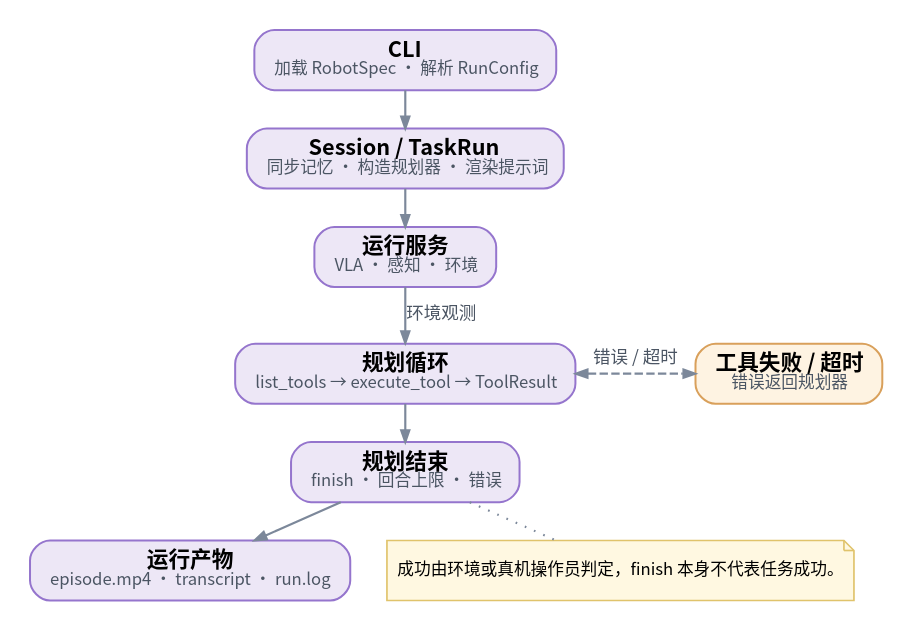
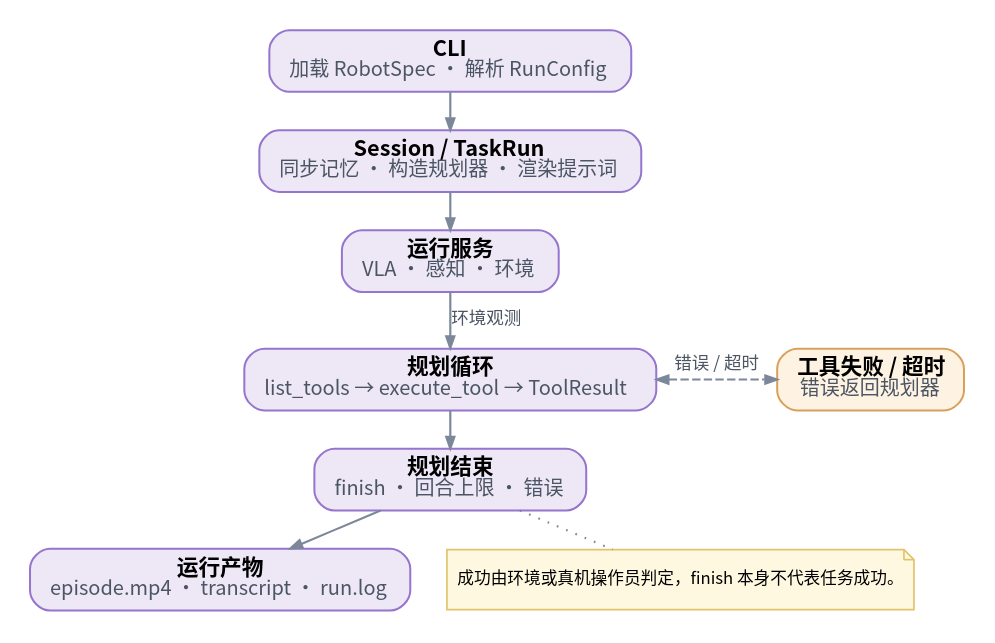
Before and after one commit to qurakchin/RPent: the diagram in docs/_diagrams/execution-flow-zh.dot, drawn with Graphviz. The commit also changed 69 other files, not shown here.

```diff
--- a/docs/_diagrams/execution-flow-zh.dot
+++ b/docs/_diagrams/execution-flow-zh.dot
@@ -1,29 +1,29 @@
 digraph flow {
   graph [rankdir=TB, splines=spline, nodesep=0.30, ranksep=0.30, pad=0.15,
          fontname="Hiragino Sans GB,Noto Sans CJK SC,sans-serif", bgcolor="white"];
   node [shape=box, style="rounded,filled", fontname="Hiragino Sans GB,Noto Sans CJK SC,sans-serif", fontsize=12,
         margin="0.16,0.09", penwidth=1.2, fillcolor="#ede7f6",
         color="#9575cd"];
   edge [color="#7c889a", penwidth=1.3, arrowsize=0.7, fontname="Hiragino Sans GB,Noto Sans CJK SC,sans-serif",
         fontsize=10.5, fontcolor="#4b5563"];
 
-  f_cli [label=<<FONT POINT-SIZE="13"><B>CLI</B></FONT><BR/><FONT POINT-SIZE="10" COLOR="#4b5563">加载 RobotSpec · 解析 RunConfig</FONT>>, fillcolor="#ede7f6", color="#9575cd"];
-  f_session [label=<<FONT POINT-SIZE="13"><B>Session / TaskRun</B></FONT><BR/><FONT POINT-SIZE="10" COLOR="#4b5563">同步记忆 · 构造规划器 · 渲染提示词</FONT>>, fillcolor="#ede7f6", color="#9575cd"];
-  f_services [label=<<FONT POINT-SIZE="13"><B>运行服务</B></FONT><BR/><FONT POINT-SIZE="10" COLOR="#4b5563">VLA · 感知 · 环境</FONT>>, fillcolor="#ede7f6", color="#9575cd"];
-  f_loop [label=<<FONT POINT-SIZE="13"><B>规划循环</B></FONT><BR/><FONT POINT-SIZE="10" COLOR="#4b5563">list_tools → execute_tool → ToolResult</FONT>>, fillcolor="#ede7f6", color="#9575cd"];
-  f_end [label=<<FONT POINT-SIZE="13"><B>规划结束</B></FONT><BR/><FONT POINT-SIZE="10" COLOR="#4b5563">finish · 回合上限 · 错误</FONT>>, fillcolor="#ede7f6", color="#9575cd"];
-  f_result [label=<<FONT POINT-SIZE="13"><B>运行产物</B></FONT><BR/><FONT POINT-SIZE="10" COLOR="#4b5563">episode.mp4 · transcript · run.log</FONT>>, fillcolor="#ede7f6", color="#9575cd"];
+  f_cli [label=<<FONT POINT-SIZE="13"><B>CLI</B></FONT><BR/><FONT POINT-SIZE="12" COLOR="#4b5563">加载 RobotSpec · 解析 RunConfig</FONT>>, fillcolor="#ede7f6", color="#9575cd"];
+  f_session [label=<<FONT POINT-SIZE="13"><B>Session / TaskRun</B></FONT><BR/><FONT POINT-SIZE="12" COLOR="#4b5563">同步记忆 · 构造规划器 · 渲染提示词</FONT>>, fillcolor="#ede7f6", color="#9575cd"];
+  f_services [label=<<FONT POINT-SIZE="13"><B>运行服务</B></FONT><BR/><FONT POINT-SIZE="12" COLOR="#4b5563">VLA · 感知 · 环境</FONT>>, fillcolor="#ede7f6", color="#9575cd"];
+  f_loop [label=<<FONT POINT-SIZE="13"><B>规划循环</B></FONT><BR/><FONT POINT-SIZE="12" COLOR="#4b5563">list_tools → execute_tool → ToolResult</FONT>>, fillcolor="#ede7f6", color="#9575cd"];
+  f_end [label=<<FONT POINT-SIZE="13"><B>规划结束</B></FONT><BR/><FONT POINT-SIZE="12" COLOR="#4b5563">finish · 回合上限 · 错误</FONT>>, fillcolor="#ede7f6", color="#9575cd"];
+  f_result [label=<<FONT POINT-SIZE="13"><B>运行产物</B></FONT><BR/><FONT POINT-SIZE="12" COLOR="#4b5563">episode.mp4 · transcript · run.log</FONT>>, fillcolor="#ede7f6", color="#9575cd"];
   f_cli -> f_session;
   f_session -> f_services;
   f_services -> f_loop [label="环境观测"];
   f_loop -> f_end;
   f_end -> f_result;
   {rank=same; f_loop; f_fail;}
   f_loop -> f_fail [dir=both, label="错误 / 超时", style=dashed,
                     constraint=false];
   f_note [label="成功由环境或真机操作员判定，finish 本身不代表任务成功。", shape=note, style="filled",
           fillcolor="#fff8e1", color="#e0c36b", fontsize=10, margin="0.12,0.08",
           penwidth=1.0];
   f_end -> f_note [style=dotted, arrowhead=none];
-  f_fail [label=<<FONT POINT-SIZE="13"><B>工具失败 / 超时</B></FONT><BR/><FONT POINT-SIZE="10" COLOR="#4b5563">错误返回规划器</FONT>>, fillcolor="#fef3e2", color="#d9a05b"];
+  f_fail [label=<<FONT POINT-SIZE="13"><B>工具失败 / 超时</B></FONT><BR/><FONT POINT-SIZE="12" COLOR="#4b5563">错误返回规划器</FONT>>, fillcolor="#fef3e2", color="#d9a05b"];
 }
```
